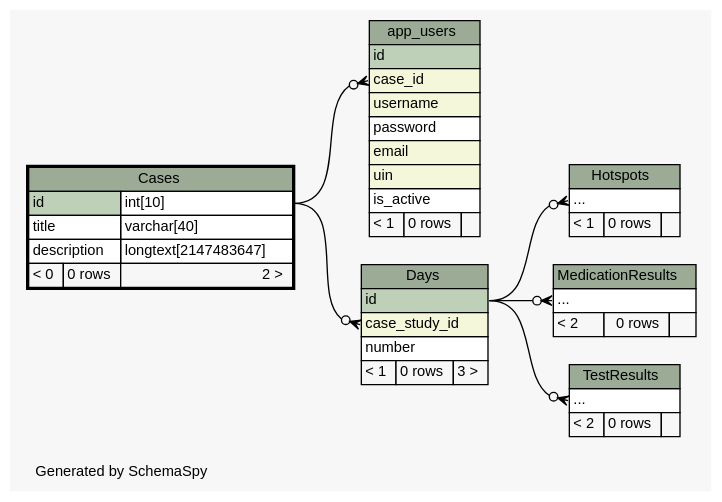
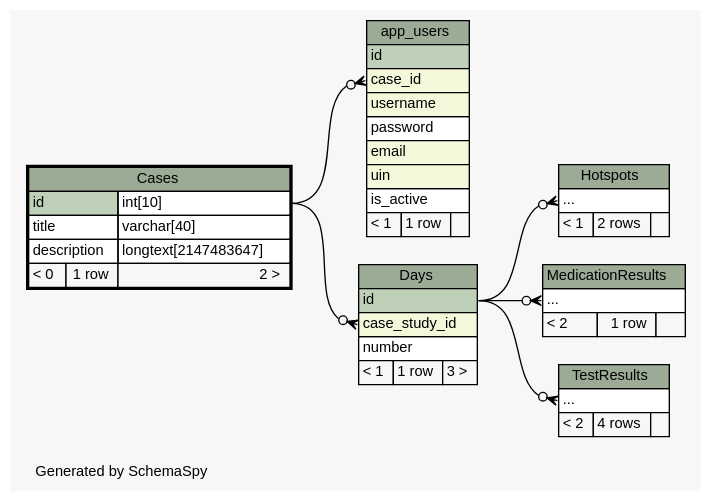
One commit to carrel2/CaseStudies changed the diagram in web/files/schema/diagrams/Cases.2degrees.dot. Above: the diagram before and after it, drawn with Graphviz. The commit also changed 58 other files, not shown here.

Commit message:
Start to update controllers to use new database schema.

```diff
--- a/web/files/schema/diagrams/Cases.2degrees.dot
+++ b/web/files/schema/diagrams/Cases.2degrees.dot
@@ -1,97 +1,97 @@
 // dot 2.38.0 on Linux 4.4.0-62-generic
 // SchemaSpy rev 590
 digraph "twoDegreesRelationshipsDiagram" {
   graph [
     rankdir="RL"
     bgcolor="#f7f7f7"
     label="\nGenerated by SchemaSpy"
     labeljust="l"
     nodesep="0.18"
     ranksep="0.46"
     fontname="Helvetica"
     fontsize="11"
   ];
   node [
     fontname="Helvetica"
     fontsize="11"
     shape="plaintext"
   ];
   edge [
     arrowsize="0.8"
   ];
   "app_users":"case_id":w -> "Cases":"id.type":e [arrowhead=none dir=back arrowtail=crowodot];
   "Days":"case_study_id":w -> "Cases":"id.type":e [arrowhead=none dir=back arrowtail=crowodot];
   "Hotspots":"elipses":w -> "Days":"id":e [arrowhead=none dir=back arrowtail=crowodot];
   "MedicationResults":"elipses":w -> "Days":"id":e [arrowhead=none dir=back arrowtail=crowodot];
   "TestResults":"elipses":w -> "Days":"id":e [arrowhead=none dir=back arrowtail=crowodot];
   "app_users" [
     label=<
     <TABLE BORDER="0" CELLBORDER="1" CELLSPACING="0" BGCOLOR="#ffffff">
       <TR><TD COLSPAN="3" BGCOLOR="#9bab96" ALIGN="CENTER">app_users</TD></TR>
       <TR><TD PORT="id" COLSPAN="3" BGCOLOR="#bed1b8" ALIGN="LEFT">id</TD></TR>
       <TR><TD PORT="case_id" COLSPAN="3" BGCOLOR="#f4f7da" ALIGN="LEFT">case_id</TD></TR>
       <TR><TD PORT="username" COLSPAN="3" BGCOLOR="#f4f7da" ALIGN="LEFT">username</TD></TR>
       <TR><TD PORT="password" COLSPAN="3" ALIGN="LEFT">password</TD></TR>
       <TR><TD PORT="email" COLSPAN="3" BGCOLOR="#f4f7da" ALIGN="LEFT">email</TD></TR>
       <TR><TD PORT="uin" COLSPAN="3" BGCOLOR="#f4f7da" ALIGN="LEFT">uin</TD></TR>
       <TR><TD PORT="is_active" COLSPAN="3" ALIGN="LEFT">is_active</TD></TR>
-      <TR><TD ALIGN="LEFT" BGCOLOR="#f7f7f7">&lt; 1</TD><TD ALIGN="RIGHT" BGCOLOR="#f7f7f7">0 rows</TD><TD ALIGN="RIGHT" BGCOLOR="#f7f7f7">  </TD></TR>
+      <TR><TD ALIGN="LEFT" BGCOLOR="#f7f7f7">&lt; 1</TD><TD ALIGN="RIGHT" BGCOLOR="#f7f7f7">1 row</TD><TD ALIGN="RIGHT" BGCOLOR="#f7f7f7">  </TD></TR>
     </TABLE>>
     URL="app_users.html"
     tooltip="app_users"
   ];
   "Cases" [
     label=<
     <TABLE BORDER="2" CELLBORDER="1" CELLSPACING="0" BGCOLOR="#ffffff">
       <TR><TD COLSPAN="3" BGCOLOR="#9bab96" ALIGN="CENTER">Cases</TD></TR>
       <TR><TD PORT="id" COLSPAN="2" BGCOLOR="#bed1b8" ALIGN="LEFT">id</TD><TD PORT="id.type" ALIGN="LEFT">int[10]</TD></TR>
       <TR><TD PORT="title" COLSPAN="2" ALIGN="LEFT">title</TD><TD PORT="title.type" ALIGN="LEFT">varchar[40]</TD></TR>
       <TR><TD PORT="description" COLSPAN="2" ALIGN="LEFT">description</TD><TD PORT="description.type" ALIGN="LEFT">longtext[2147483647]</TD></TR>
-      <TR><TD ALIGN="LEFT" BGCOLOR="#f7f7f7">&lt; 0</TD><TD ALIGN="RIGHT" BGCOLOR="#f7f7f7">0 rows</TD><TD ALIGN="RIGHT" BGCOLOR="#f7f7f7">2 &gt;</TD></TR>
+      <TR><TD ALIGN="LEFT" BGCOLOR="#f7f7f7">&lt; 0</TD><TD ALIGN="RIGHT" BGCOLOR="#f7f7f7">1 row</TD><TD ALIGN="RIGHT" BGCOLOR="#f7f7f7">2 &gt;</TD></TR>
     </TABLE>>
     URL="Cases.html"
     tooltip="Cases"
   ];
   "Days" [
     label=<
     <TABLE BORDER="0" CELLBORDER="1" CELLSPACING="0" BGCOLOR="#ffffff">
       <TR><TD COLSPAN="3" BGCOLOR="#9bab96" ALIGN="CENTER">Days</TD></TR>
       <TR><TD PORT="id" COLSPAN="3" BGCOLOR="#bed1b8" ALIGN="LEFT">id</TD></TR>
       <TR><TD PORT="case_study_id" COLSPAN="3" BGCOLOR="#f4f7da" ALIGN="LEFT">case_study_id</TD></TR>
       <TR><TD PORT="number" COLSPAN="3" ALIGN="LEFT">number</TD></TR>
-      <TR><TD ALIGN="LEFT" BGCOLOR="#f7f7f7">&lt; 1</TD><TD ALIGN="RIGHT" BGCOLOR="#f7f7f7">0 rows</TD><TD ALIGN="RIGHT" BGCOLOR="#f7f7f7">3 &gt;</TD></TR>
+      <TR><TD ALIGN="LEFT" BGCOLOR="#f7f7f7">&lt; 1</TD><TD ALIGN="RIGHT" BGCOLOR="#f7f7f7">1 row</TD><TD ALIGN="RIGHT" BGCOLOR="#f7f7f7">3 &gt;</TD></TR>
     </TABLE>>
     URL="Days.html"
     tooltip="Days"
   ];
   "Hotspots" [
     label=<
     <TABLE BORDER="0" CELLBORDER="1" CELLSPACING="0" BGCOLOR="#ffffff">
       <TR><TD COLSPAN="3" BGCOLOR="#9bab96" ALIGN="CENTER">Hotspots</TD></TR>
       <TR><TD PORT="elipses" COLSPAN="3" ALIGN="LEFT">...</TD></TR>
-      <TR><TD ALIGN="LEFT" BGCOLOR="#f7f7f7">&lt; 1</TD><TD ALIGN="RIGHT" BGCOLOR="#f7f7f7">0 rows</TD><TD ALIGN="RIGHT" BGCOLOR="#f7f7f7">  </TD></TR>
+      <TR><TD ALIGN="LEFT" BGCOLOR="#f7f7f7">&lt; 1</TD><TD ALIGN="RIGHT" BGCOLOR="#f7f7f7">2 rows</TD><TD ALIGN="RIGHT" BGCOLOR="#f7f7f7">  </TD></TR>
     </TABLE>>
     URL="Hotspots.html"
     tooltip="Hotspots"
   ];
   "MedicationResults" [
     label=<
     <TABLE BORDER="0" CELLBORDER="1" CELLSPACING="0" BGCOLOR="#ffffff">
       <TR><TD COLSPAN="3" BGCOLOR="#9bab96" ALIGN="CENTER">MedicationResults</TD></TR>
       <TR><TD PORT="elipses" COLSPAN="3" ALIGN="LEFT">...</TD></TR>
-      <TR><TD ALIGN="LEFT" BGCOLOR="#f7f7f7">&lt; 2</TD><TD ALIGN="RIGHT" BGCOLOR="#f7f7f7">0 rows</TD><TD ALIGN="RIGHT" BGCOLOR="#f7f7f7">  </TD></TR>
+      <TR><TD ALIGN="LEFT" BGCOLOR="#f7f7f7">&lt; 2</TD><TD ALIGN="RIGHT" BGCOLOR="#f7f7f7">1 row</TD><TD ALIGN="RIGHT" BGCOLOR="#f7f7f7">  </TD></TR>
     </TABLE>>
     URL="MedicationResults.html"
     tooltip="MedicationResults"
   ];
   "TestResults" [
     label=<
     <TABLE BORDER="0" CELLBORDER="1" CELLSPACING="0" BGCOLOR="#ffffff">
       <TR><TD COLSPAN="3" BGCOLOR="#9bab96" ALIGN="CENTER">TestResults</TD></TR>
       <TR><TD PORT="elipses" COLSPAN="3" ALIGN="LEFT">...</TD></TR>
-      <TR><TD ALIGN="LEFT" BGCOLOR="#f7f7f7">&lt; 2</TD><TD ALIGN="RIGHT" BGCOLOR="#f7f7f7">0 rows</TD><TD ALIGN="RIGHT" BGCOLOR="#f7f7f7">  </TD></TR>
+      <TR><TD ALIGN="LEFT" BGCOLOR="#f7f7f7">&lt; 2</TD><TD ALIGN="RIGHT" BGCOLOR="#f7f7f7">4 rows</TD><TD ALIGN="RIGHT" BGCOLOR="#f7f7f7">  </TD></TR>
     </TABLE>>
     URL="TestResults.html"
     tooltip="TestResults"
   ];
 }
```
